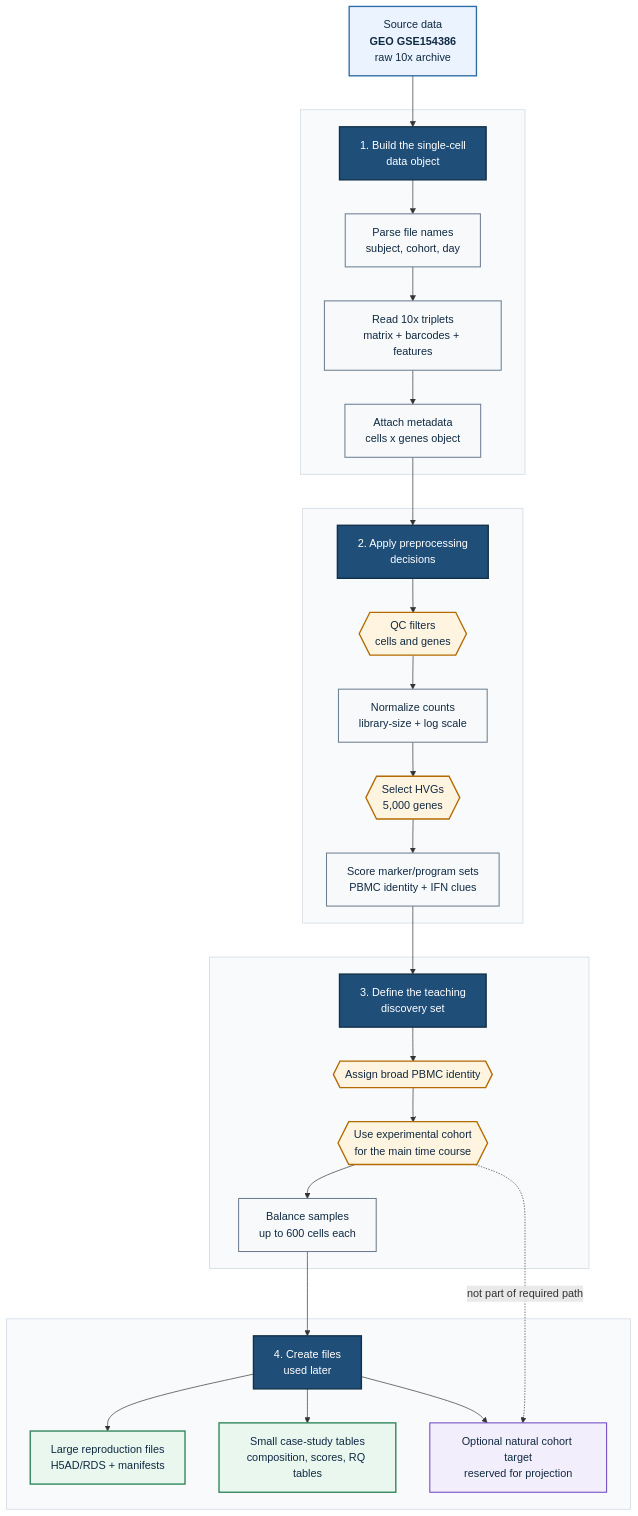
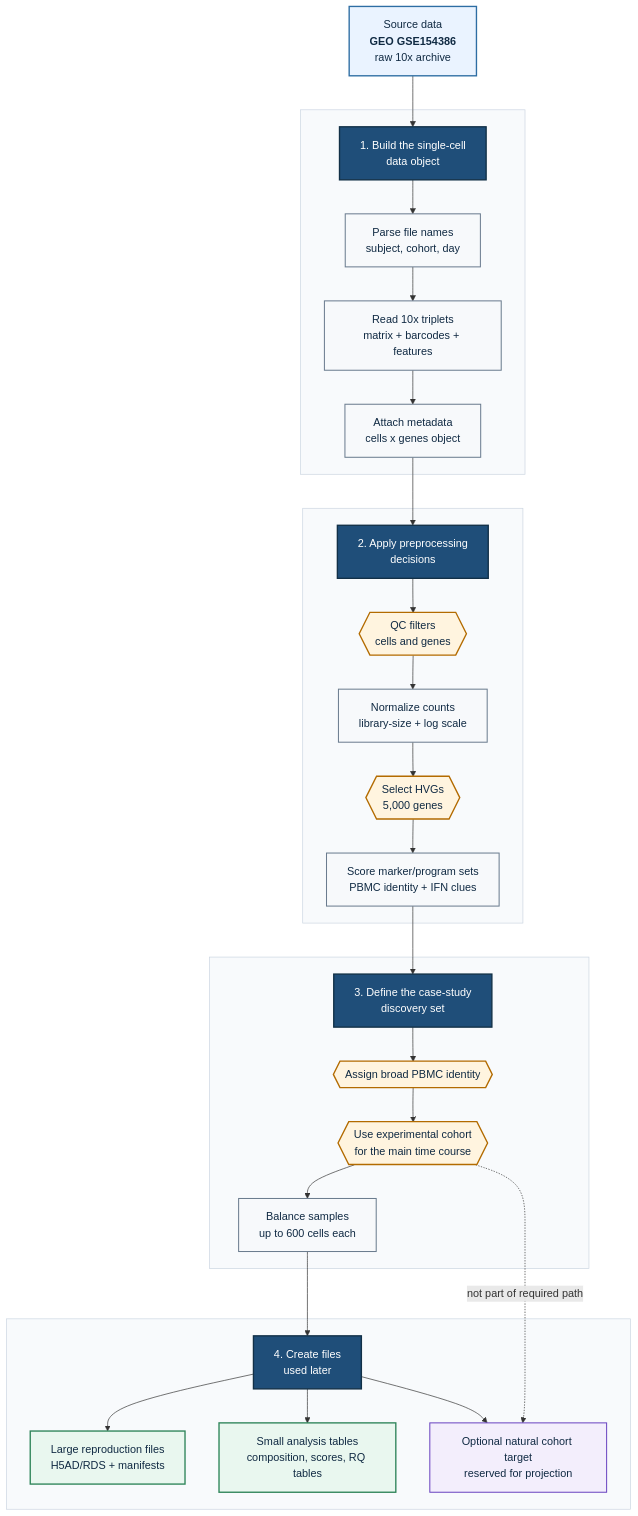
The diagram in _data_wrangling.qmd (opencasestudies/ocs-bio-temporal), drawn with Mermaid before and after one commit. The commit also changed other lines of this file and 21 other files, not shown here.

````diff
--- a/_data_wrangling.qmd
+++ b/_data_wrangling.qmd
@@ -17,51 +19,51 @@
 ```{mermaid}
 flowchart TB
   classDef source fill:#eaf3ff,stroke:#2d6da3,stroke-width:2px,color:#102a43
   classDef process fill:#f7f9fb,stroke:#6b7c8f,stroke-width:1.5px,color:#102a43
   classDef decision fill:#fff4df,stroke:#b36b00,stroke-width:2px,color:#102a43
   classDef output fill:#e9f7ef,stroke:#2f855a,stroke-width:2px,color:#102a43
   classDef note fill:#f3eefc,stroke:#6b46c1,stroke-width:1.5px,color:#102a43
   classDef stage fill:#1f4e79,stroke:#123047,stroke-width:2px,color:#ffffff
 
   A["Source data<br/><b>GEO GSE154386</b><br/>raw 10x archive"]:::source
 
   subgraph S1[" "]
     P1["1. Build the single-cell<br/>data object"]:::stage
     B["Parse file names<br/>subject, cohort, day"]:::process
     C["Read 10x triplets<br/>matrix + barcodes + features"]:::process
     D["Attach metadata<br/>cells x genes object"]:::process
   end
 
   subgraph S2[" "]
     P2["2. Apply preprocessing<br/>decisions"]:::stage
     E{{"QC filters<br/>cells and genes"}}:::decision
     F["Normalize counts<br/>library-size + log scale"]:::process
     G{{"Select HVGs<br/>5,000 genes"}}:::decision
     H["Score marker/program sets<br/>PBMC identity + IFN clues"]:::process
   end
 
   subgraph S3[" "]
-    P3["3. Define the teaching<br/>discovery set"]:::stage
+    P3["3. Define the case-study<br/>discovery set"]:::stage
     I{{"Assign broad PBMC identity"}}:::decision
     J{{"Use experimental cohort<br/>for the main time course"}}:::decision
     K["Balance samples<br/>up to 600 cells each"]:::process
   end
 
   subgraph S4[" "]
     P4["4. Create files<br/>used later"]:::stage
     L["Large reproduction files<br/>H5AD/RDS + manifests"]:::output
-    M["Small case-study tables<br/>composition, scores, RQ tables"]:::output
+    M["Small analysis tables<br/>composition, scores, RQ tables"]:::output
     N["Optional natural cohort target<br/>reserved for projection"]:::note
   end
 
   A --> P1 --> B --> C --> D --> P2 --> E --> F --> G --> H --> P3 --> I --> J --> K --> P4
   P4 --> M
   P4 --> L
   P4 --> N
   J -. "not part of required path" .-> N
 
   style S1 fill:#f8fafc,stroke:#cbd5e1,stroke-width:1px,color:#102a43
   style S2 fill:#f8fafc,stroke:#cbd5e1,stroke-width:1px,color:#102a43
   style S3 fill:#f8fafc,stroke:#cbd5e1,stroke-width:1px,color:#102a43
   style S4 fill:#f8fafc,stroke:#cbd5e1,stroke-width:1px,color:#102a43
 ```
````
